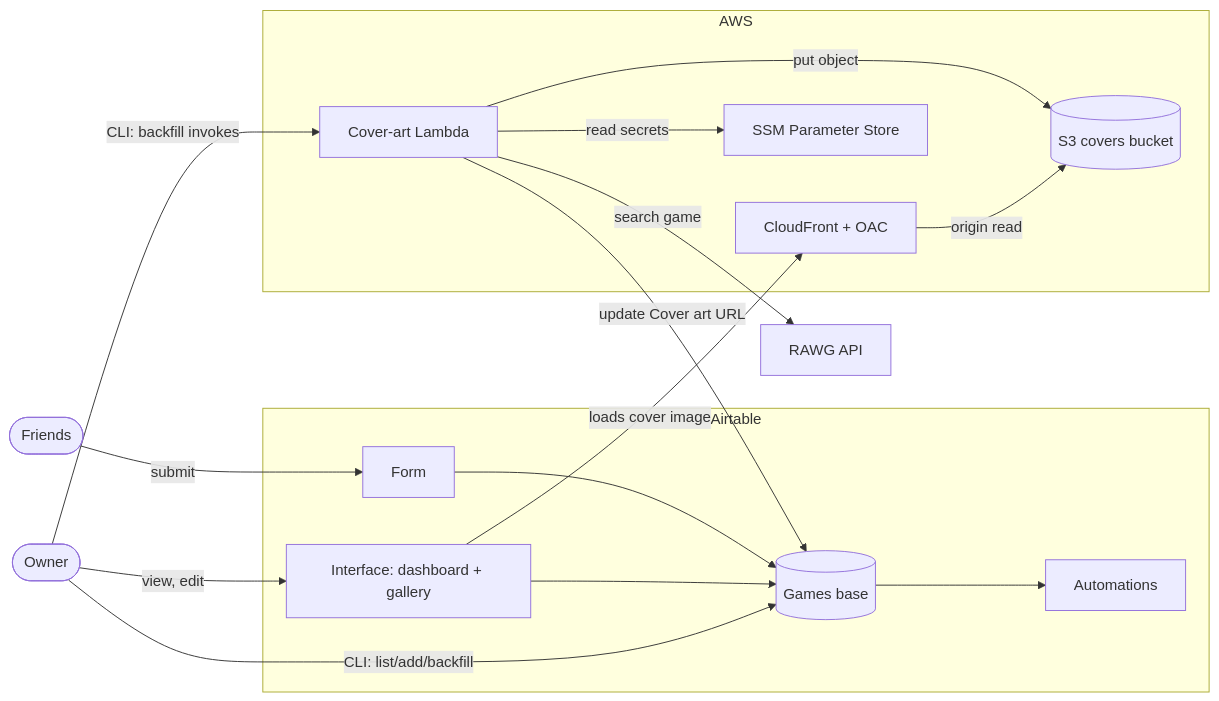
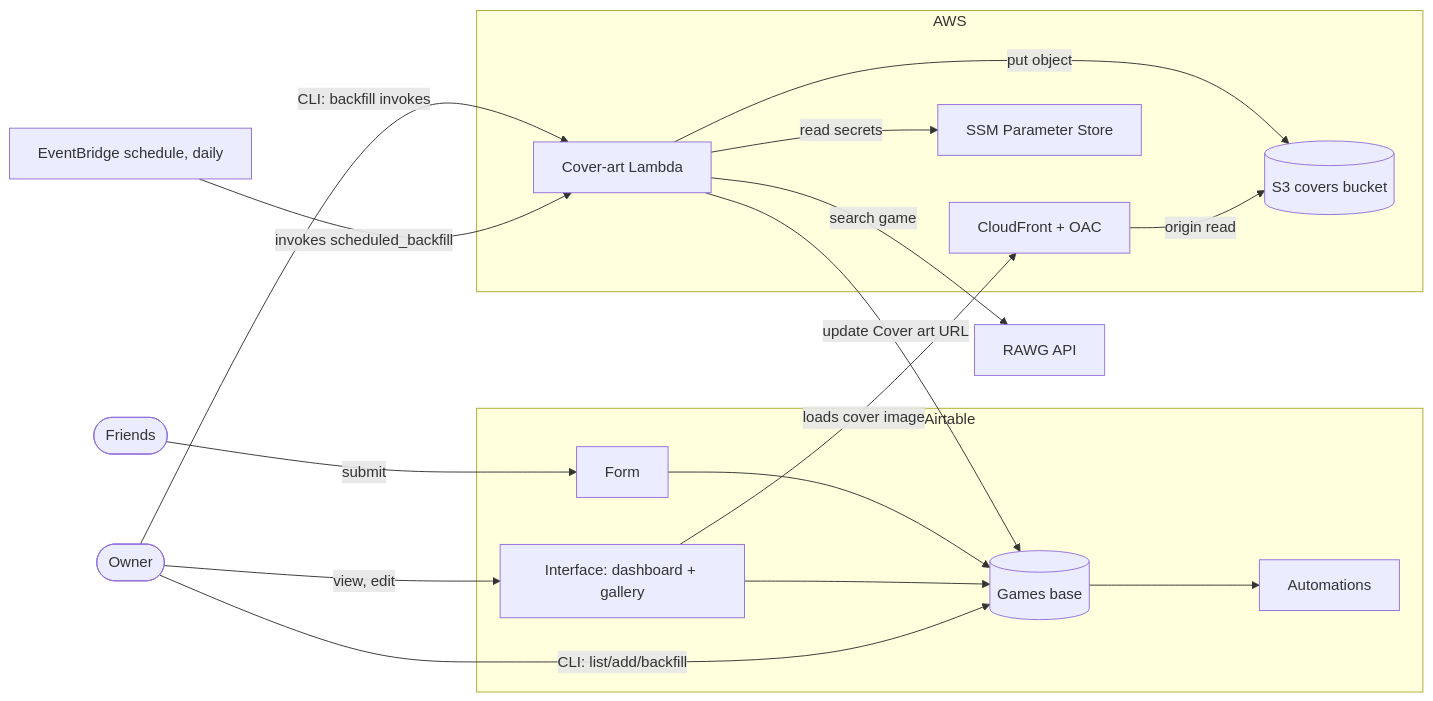
The first of 5 diagrams in game-collection-tracker/docs/architecture.md (gratiosoft/learning-projects), drawn with Mermaid before and after one commit. The commit also changed other lines of this file and 7 other files, not shown here.

Commit message:
docs(game-collection-tracker): add ADR 0008 and document scheduled backfill

````diff
--- a/game-collection-tracker/docs/architecture.md
+++ b/game-collection-tracker/docs/architecture.md
@@ -7,30 +7,32 @@
 ```mermaid
 flowchart LR
     owner([Owner])
     friends([Friends])
     subgraph Airtable
       base[(Games base)]
       form[Form]
       iface[Interface: dashboard + gallery]
       auto[Automations]
     end
     subgraph AWS
       lambda[Cover-art Lambda]
       s3[(S3 covers bucket)]
       cf[CloudFront + OAC]
       ssm[SSM Parameter Store]
     end
     rawg[RAWG API]
+    sched[EventBridge schedule, daily]
 
     friends -->|submit| form --> base
     owner -->|view, edit| iface --> base
     base --> auto
     owner -->|CLI: list/add/backfill| base
     owner -->|CLI: backfill invokes| lambda
+    sched -->|invokes scheduled_backfill| lambda
     lambda -->|read secrets| ssm
     lambda -->|search game| rawg
     lambda -->|put object| s3
     lambda -->|update Cover art URL| base
     cf -->|origin read| s3
     iface -->|loads cover image| cf
 ```
````
